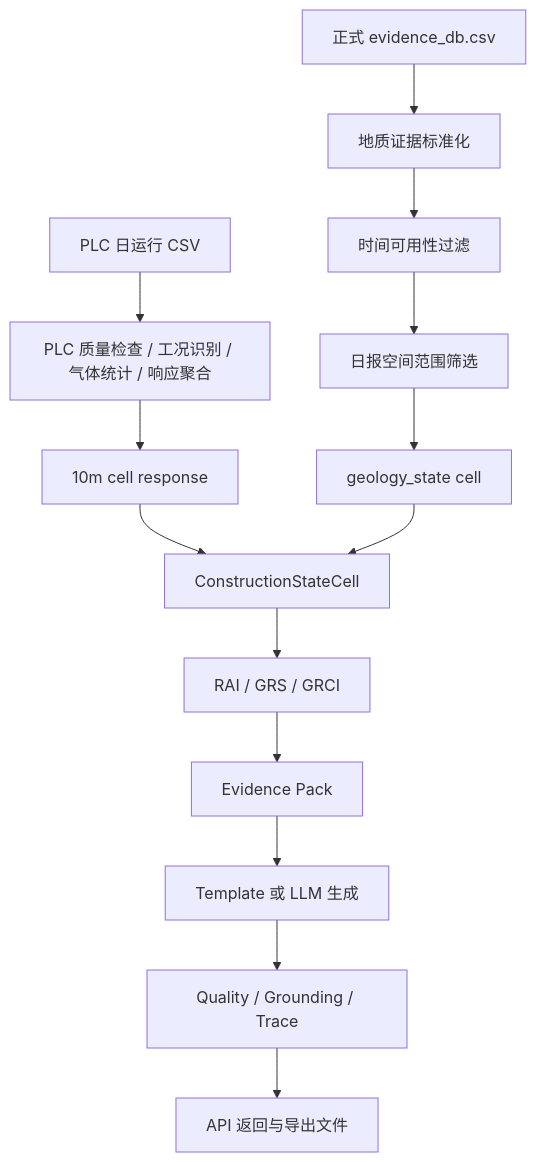
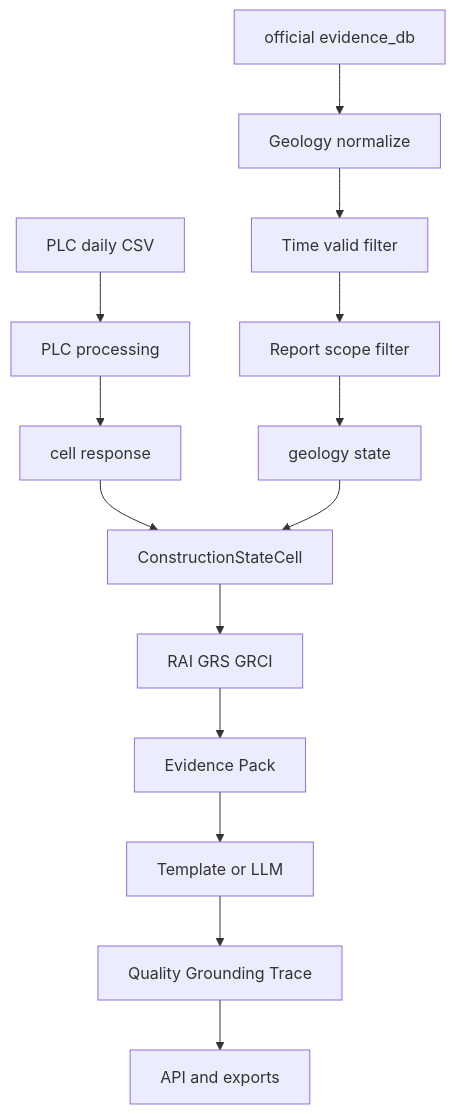
One commit to xiaodazhao/tbm-report changed the first of 3 diagrams in backend/docs/README.md. Above: the diagram before and after it, drawn with Mermaid. The commit also changed other lines of this file and 1 other file, not shown here.

Commit message:
Fix GitHub Mermaid diagram rendering

````diff
--- a/backend/docs/README.md
+++ b/backend/docs/README.md
@@ -48,16 +48,16 @@
 ```mermaid
 flowchart TD
-    A[PLC 日运行 CSV] --> B[PLC 质量检查 / 工况识别 / 气体统计 / 响应聚合]
-    C[正式 evidence_db.csv] --> D[地质证据标准化]
-    D --> E[时间可用性过滤]
-    E --> F[日报空间范围筛选]
-    B --> G[10m cell response]
-    F --> H[geology_state cell]
+    A[PLC daily CSV] --> B[PLC processing]
+    C[official evidence_db] --> D[Geology normalize]
+    D --> E[Time valid filter]
+    E --> F[Report scope filter]
+    B --> G[cell response]
+    F --> H[geology state]
     G --> I[ConstructionStateCell]
     H --> I
-    I --> J[RAI / GRS / GRCI]
+    I --> J[RAI GRS GRCI]
     J --> K[Evidence Pack]
-    K --> L[Template 或 LLM 生成]
-    L --> M[Quality / Grounding / Trace]
-    M --> N[API 返回与导出文件]
+    K --> L[Template or LLM]
+    L --> M[Quality Grounding Trace]
+    M --> N[API and exports]
 ```
````
